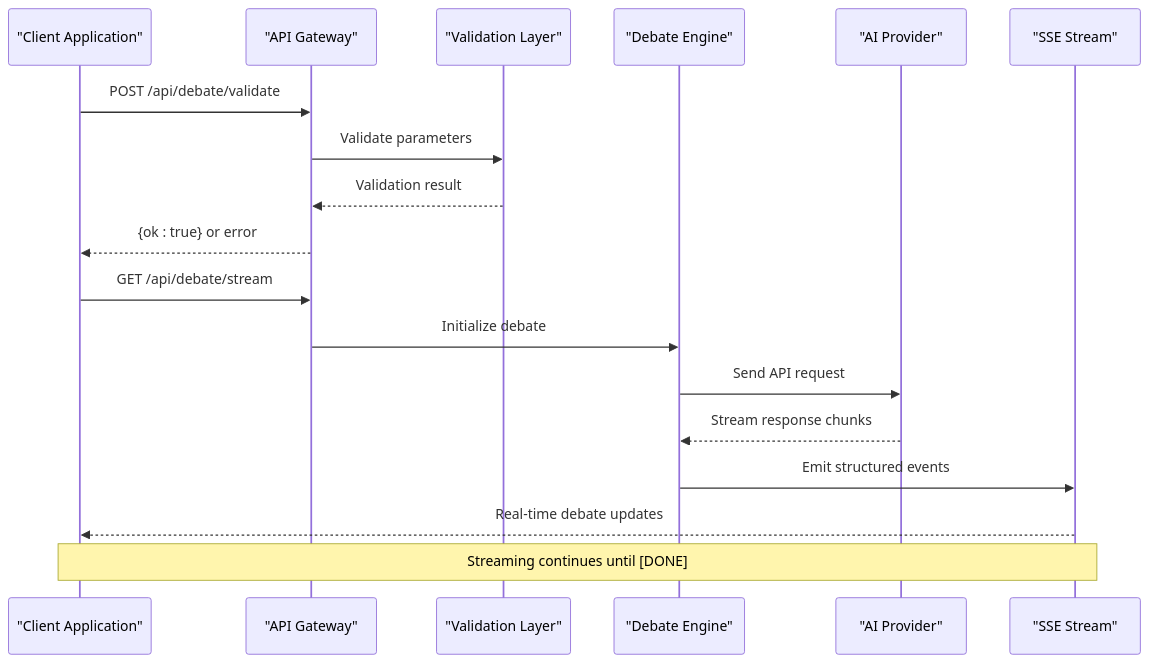
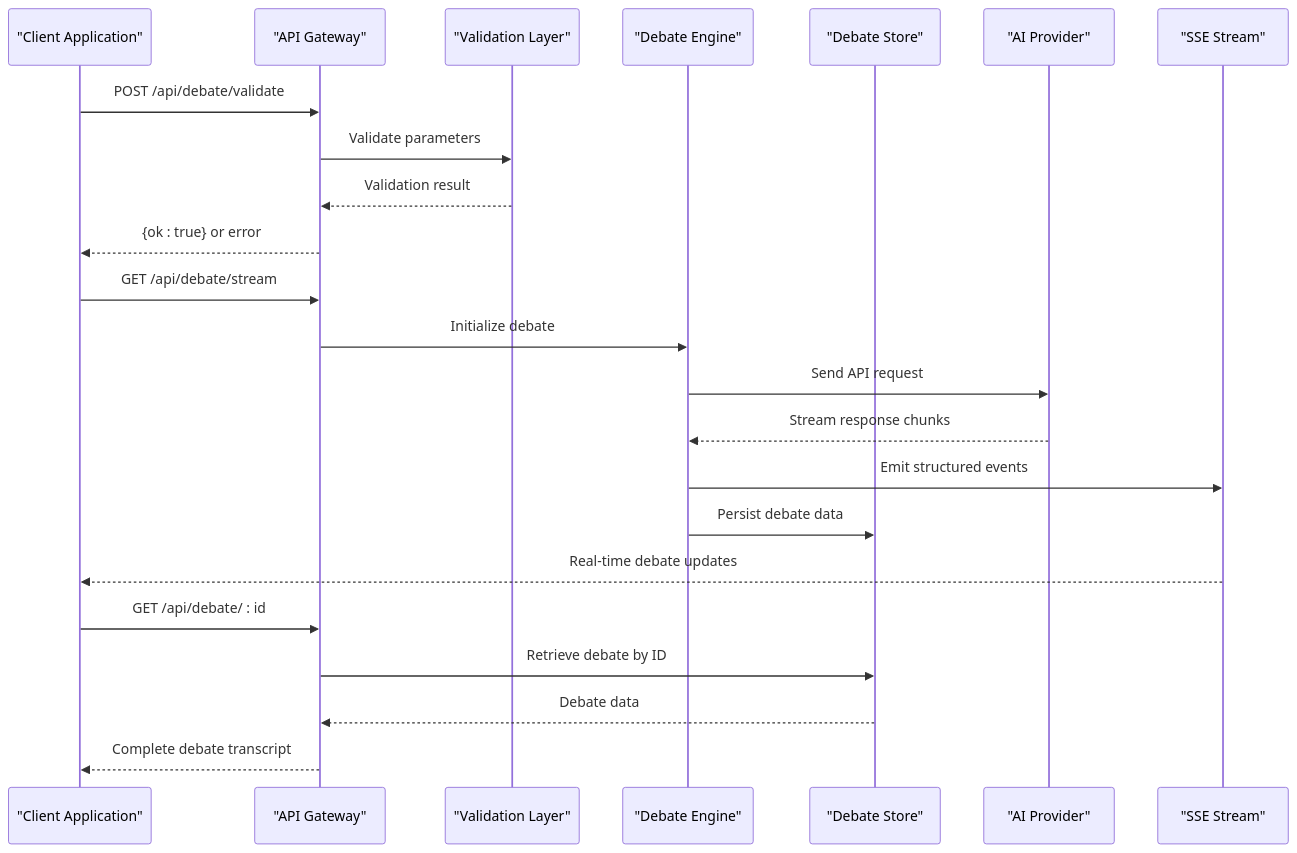
Before and after one commit to RunTimeAdmin/tri-ai: the second of 5 diagrams in .qoder/repowiki/en/content/API Reference/Debate API/Debate API.md, drawn with Mermaid. The commit also changed other lines of this file and 21 other files, not shown here.

````diff
--- a/.qoder/repowiki/en/content/API Reference/Debate API/Debate API.md
+++ b/.qoder/repowiki/en/content/API Reference/Debate API/Debate API.md
@@ -100,20 +114,25 @@
 ```mermaid
 sequenceDiagram
 participant Client as "Client Application"
 participant API as "API Gateway"
 participant Validator as "Validation Layer"
 participant Engine as "Debate Engine"
+participant Store as "Debate Store"
 participant Provider as "AI Provider"
 participant SSE as "SSE Stream"
 Client->>API : POST /api/debate/validate
 API->>Validator : Validate parameters
 Validator-->>API : Validation result
 API-->>Client : {ok : true} or error
 Client->>API : GET /api/debate/stream
 API->>Engine : Initialize debate
 Engine->>Provider : Send API request
 Provider-->>Engine : Stream response chunks
 Engine->>SSE : Emit structured events
+Engine->>Store : Persist debate data
 SSE-->>Client : Real-time debate updates
-Note over Client,SSE : Streaming continues until [DONE]
+Client->>API : GET /api/debate/ : id
+API->>Store : Retrieve debate by ID
+Store-->>API : Debate data
+API-->>Client : Complete debate transcript
 ```
````
